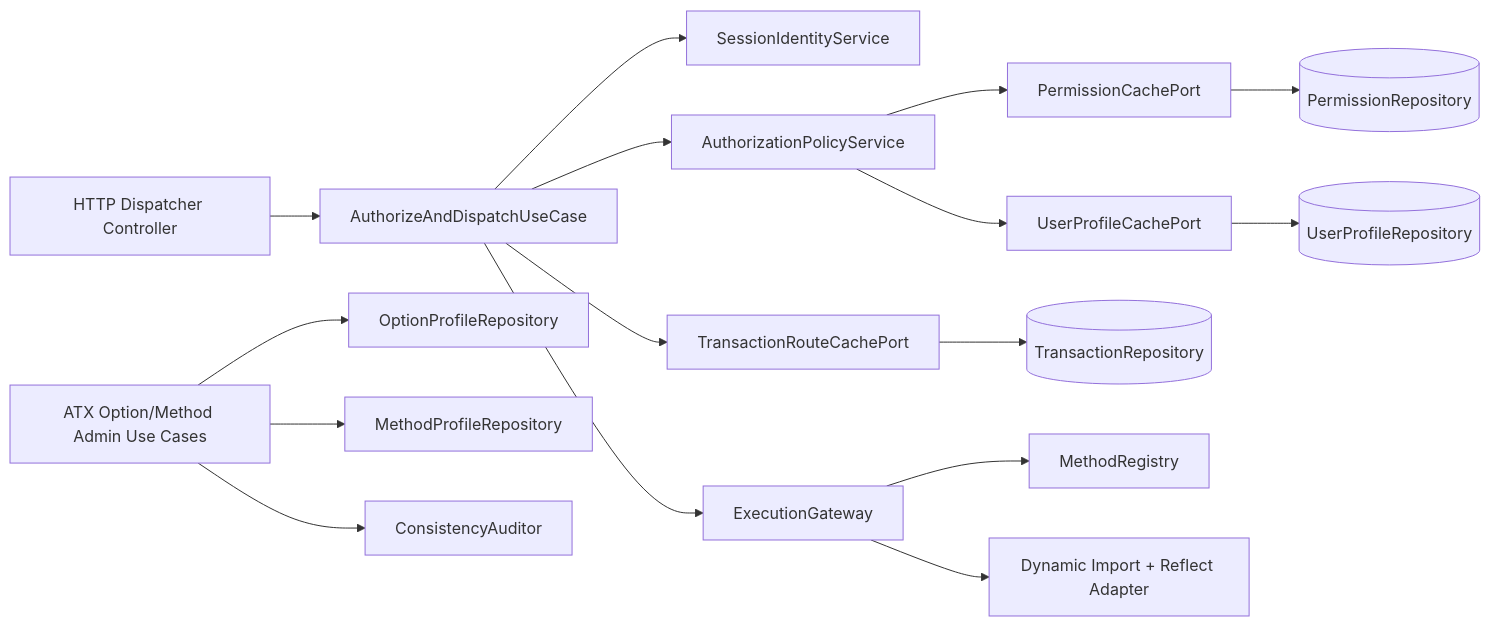
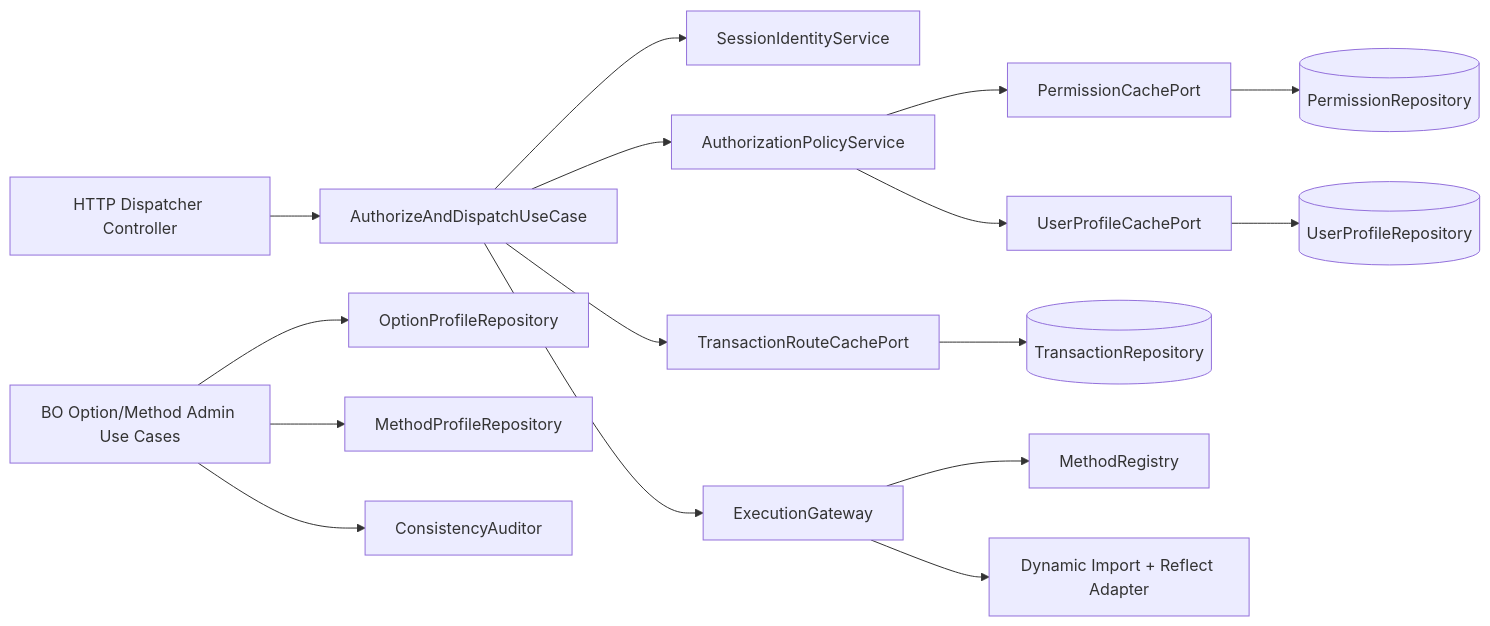
One commit to DonMiguels/Web-II changed the diagram in docs/permissions-mapas/03-analisis-clean-architecture.md. Above: the diagram before and after it, drawn with Mermaid. The commit also changed other lines of this file and 86 other files, not shown here.

````diff
--- a/docs/permissions-mapas/03-analisis-clean-architecture.md
+++ b/docs/permissions-mapas/03-analisis-clean-architecture.md
@@ -163,20 +163,20 @@
 ```mermaid
 flowchart LR
   A[HTTP Dispatcher Controller] --> B[AuthorizeAndDispatchUseCase]
   B --> C[SessionIdentityService]
   B --> D[AuthorizationPolicyService]
   D --> E[PermissionCachePort]
   D --> F[UserProfileCachePort]
   B --> G[TransactionRouteCachePort]
   B --> H[ExecutionGateway]
 
   E --> E1[(PermissionRepository)]
   F --> F1[(UserProfileRepository)]
   G --> G1[(TransactionRepository)]
   H --> H1[MethodRegistry]
   H --> H2[Dynamic Import + Reflect Adapter]
 
-  I[ATX Option/Method Admin Use Cases] --> J[OptionProfileRepository]
+   I[BO Option/Method Admin Use Cases] --> J[OptionProfileRepository]
   I --> K[MethodProfileRepository]
   I --> L[ConsistencyAuditor]
 ```
````
